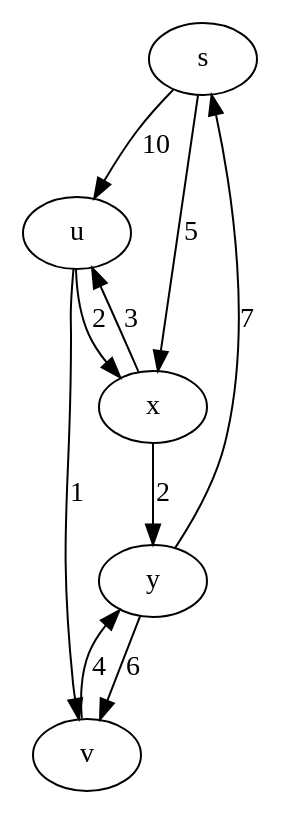
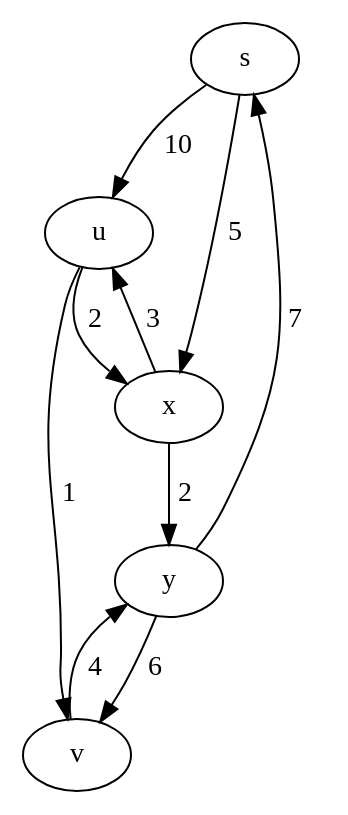
Before and after one commit to MaxPower9001/B-AI3GKAP: the diagram in io/graph_03.dot, drawn with Graphviz. The commit also changed 15 other files, not shown here.

```diff
--- a/io/graph_03.dot
+++ b/io/graph_03.dot
@@ -1,17 +1,17 @@
 digraph graph_03
 {
 s
 u
 x
 v
 y
-s -> u [label="10"]
-s -> x [label="5"]
-u -> x [label="2"]
-u -> v [label="1"]
-x -> u [label="3"]
-x -> y [label="2"]
-v -> y [label="4"]
-y -> s [label="7"]
-y -> v [label="6"]
+s -> u [label=" 10  "]
+s -> x [label=" 5  "]
+u -> x [label=" 2  "]
+u -> v [label=" 1  "]
+x -> u [label=" 3  "]
+x -> y [label=" 2  "]
+v -> y [label=" 4  "]
+y -> s [label=" 7  "]
+y -> v [label=" 6  "]
 }
```
